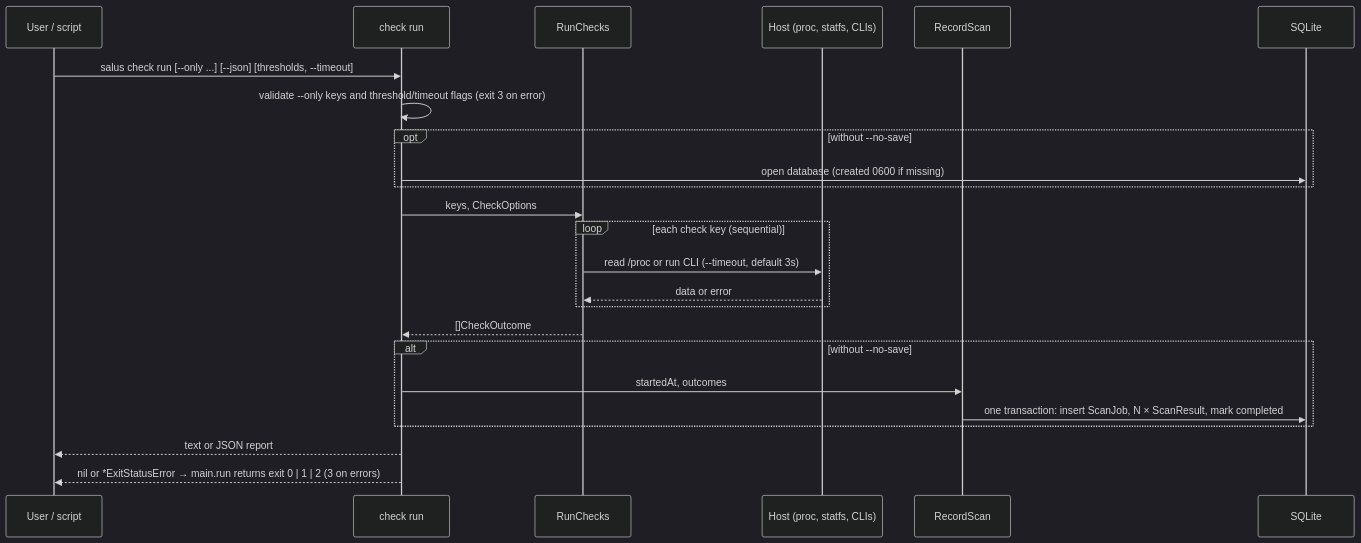
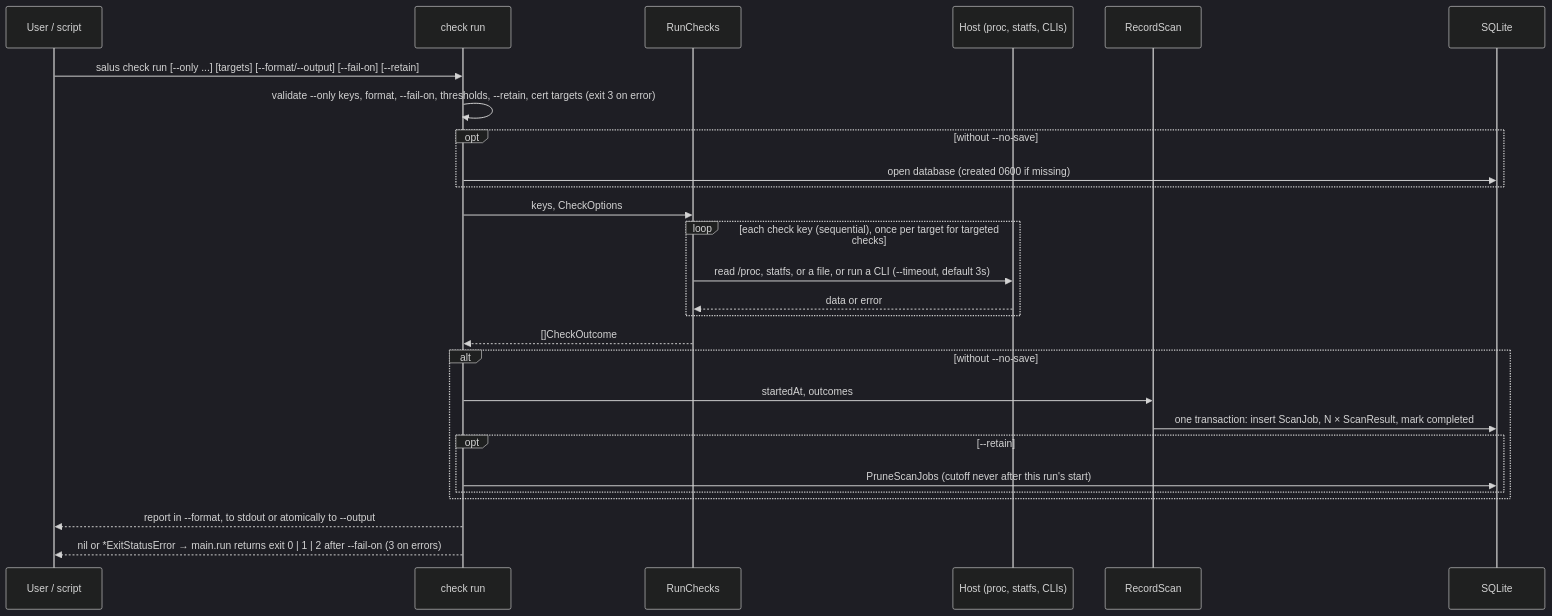
Before and after one commit to jabbott-iii/Salus: the second of 3 diagrams in intel/map.md, drawn with Mermaid (dark theme). The commit also changed other lines of this file and 37 other files, not shown here.

Commit message:
feat: per-target results, monitoring outputs, new checks, run history

````diff
--- a/intel/map.md
+++ b/intel/map.md
@@ -110,27 +133,30 @@
 ```mermaid
 sequenceDiagram
     participant U as User / script
     participant CLI as check run
     participant C as RunChecks
     participant H as Host (proc, statfs, CLIs)
     participant S as RecordScan
     participant DB as SQLite
 
-    U->>CLI: salus check run [--only ...] [--json] [thresholds, --timeout]
-    CLI->>CLI: validate --only keys and threshold/timeout flags (exit 3 on error)
+    U->>CLI: salus check run [--only ...] [targets] [--format/--output] [--fail-on] [--retain]
+    CLI->>CLI: validate --only keys, format, --fail-on, thresholds, --retain, cert targets (exit 3 on error)
     opt without --no-save
         CLI->>DB: open database (created 0600 if missing)
     end
     CLI->>C: keys, CheckOptions
-    loop each check key (sequential)
-        C->>H: read /proc or run CLI (--timeout, default 3s)
+    loop each check key (sequential), once per target for targeted checks
+        C->>H: read /proc, statfs, or a file, or run a CLI (--timeout, default 3s)
         H-->>C: data or error
     end
     C-->>CLI: []CheckOutcome
     alt without --no-save
         CLI->>S: startedAt, outcomes
         S->>DB: one transaction: insert ScanJob, N × ScanResult, mark completed
+        opt --retain
+            CLI->>DB: PruneScanJobs (cutoff never after this run's start)
+        end
     end
-    CLI-->>U: text or JSON report
-    CLI-->>U: nil or *ExitStatusError → main.run returns exit 0 | 1 | 2 (3 on errors)
+    CLI-->>U: report in --format, to stdout or atomically to --output
+    CLI-->>U: nil or *ExitStatusError → main.run returns exit 0 | 1 | 2 after --fail-on (3 on errors)
 ```
````
